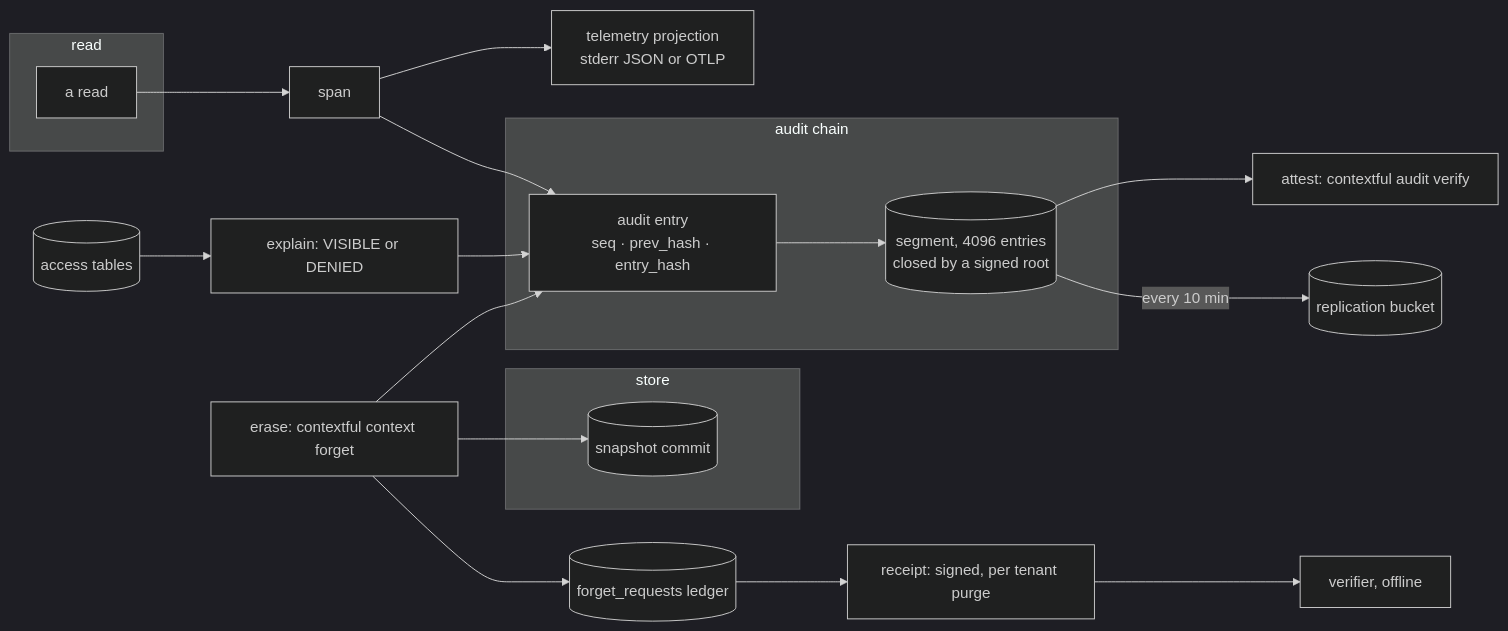
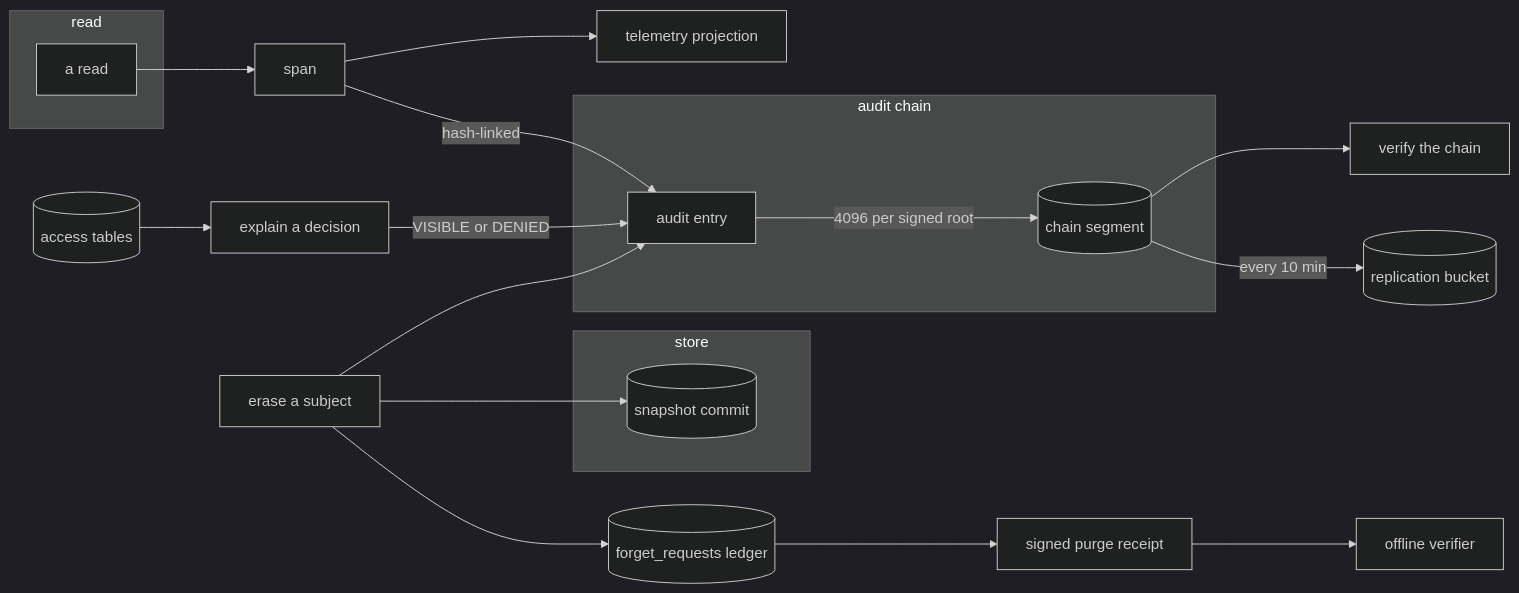
The first of 5 diagrams in spec/62-accountability.md (fractalboxdev/contextful), drawn with Mermaid (dark theme) before and after one commit. The commit also changed other lines of this file and 24 other files, not shown here.

First line of the commit message:
spec: every flowchart draws one entity or process per node

````diff
--- a/spec/62-accountability.md
+++ b/spec/62-accountability.md
@@ -21,36 +21,36 @@
 ```mermaid
 flowchart LR
   subgraph READ["read"]
     RD["a read"]
   end
   subgraph CHAIN["audit chain"]
-    ENTRY["audit entry<br/>seq · prev_hash · entry_hash"]
-    SEG[("segment, 4096 entries<br/>closed by a signed root")]
+    ENTRY["audit entry"]
+    SEG[("chain segment")]
   end
   subgraph STORE["store"]
     SNAP[("snapshot commit")]
   end
   SPAN["span"]
-  TEL["telemetry projection<br/>stderr JSON or OTLP"]
+  TEL["telemetry projection"]
   BKT[("replication bucket")]
-  VER["attest: contextful audit verify"]
+  VER["verify the chain"]
   ACC[("access tables")]
-  EXPL["explain: VISIBLE or DENIED"]
-  FORGET["erase: contextful context forget"]
+  EXPL["explain a decision"]
+  FORGET["erase a subject"]
   LEDGER[("forget_requests ledger")]
-  RCPT["receipt: signed, per tenant purge"]
-  AUDITOR["verifier, offline"]
+  RCPT["signed purge receipt"]
+  AUDITOR["offline verifier"]
   RD --> SPAN
-  SPAN --> ENTRY
+  SPAN -- "hash-linked" --> ENTRY
   SPAN --> TEL
-  ENTRY --> SEG
+  ENTRY -- "4096 per signed root" --> SEG
   SEG -- "every 10 min" --> BKT
   SEG --> VER
   ACC --> EXPL
-  EXPL --> ENTRY
+  EXPL -- "VISIBLE or DENIED" --> ENTRY
   FORGET --> LEDGER
   FORGET --> SNAP
   FORGET --> ENTRY
   LEDGER --> RCPT
   RCPT --> AUDITOR
 ```
````
